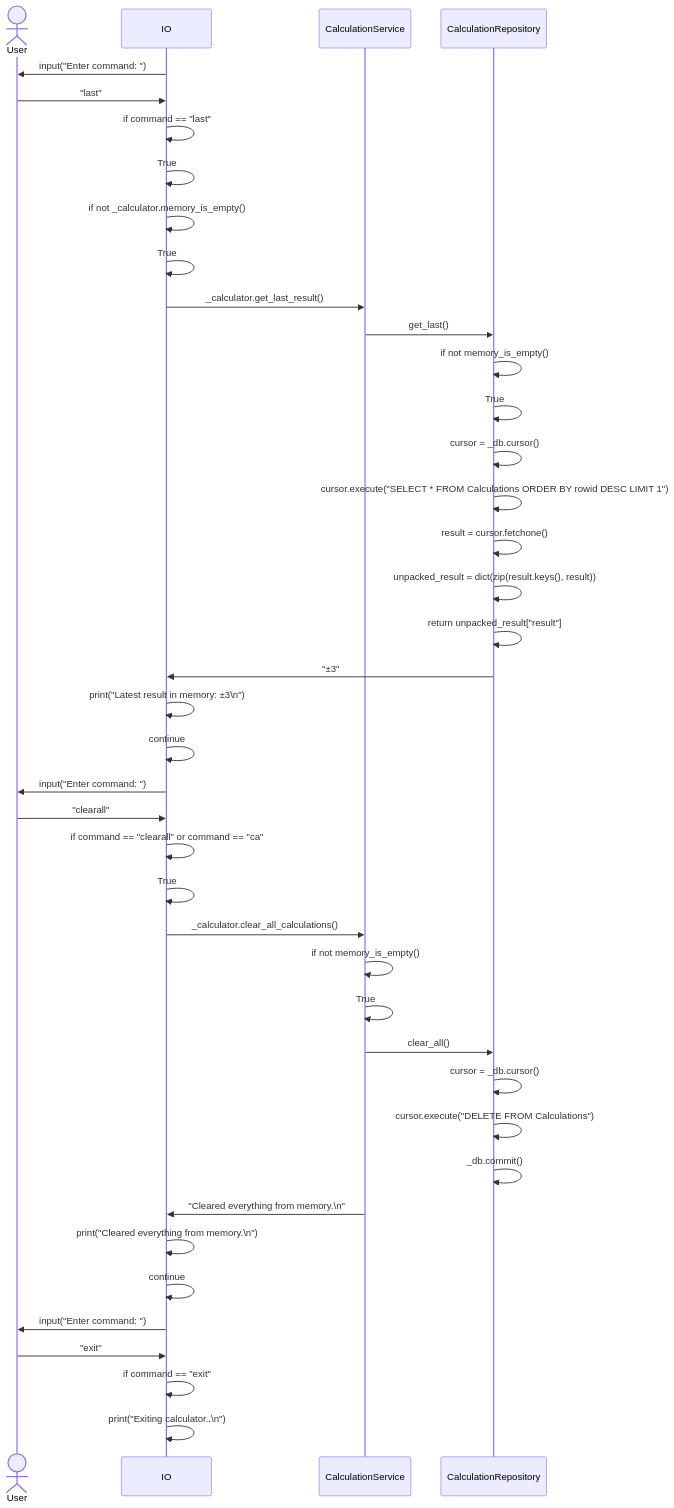
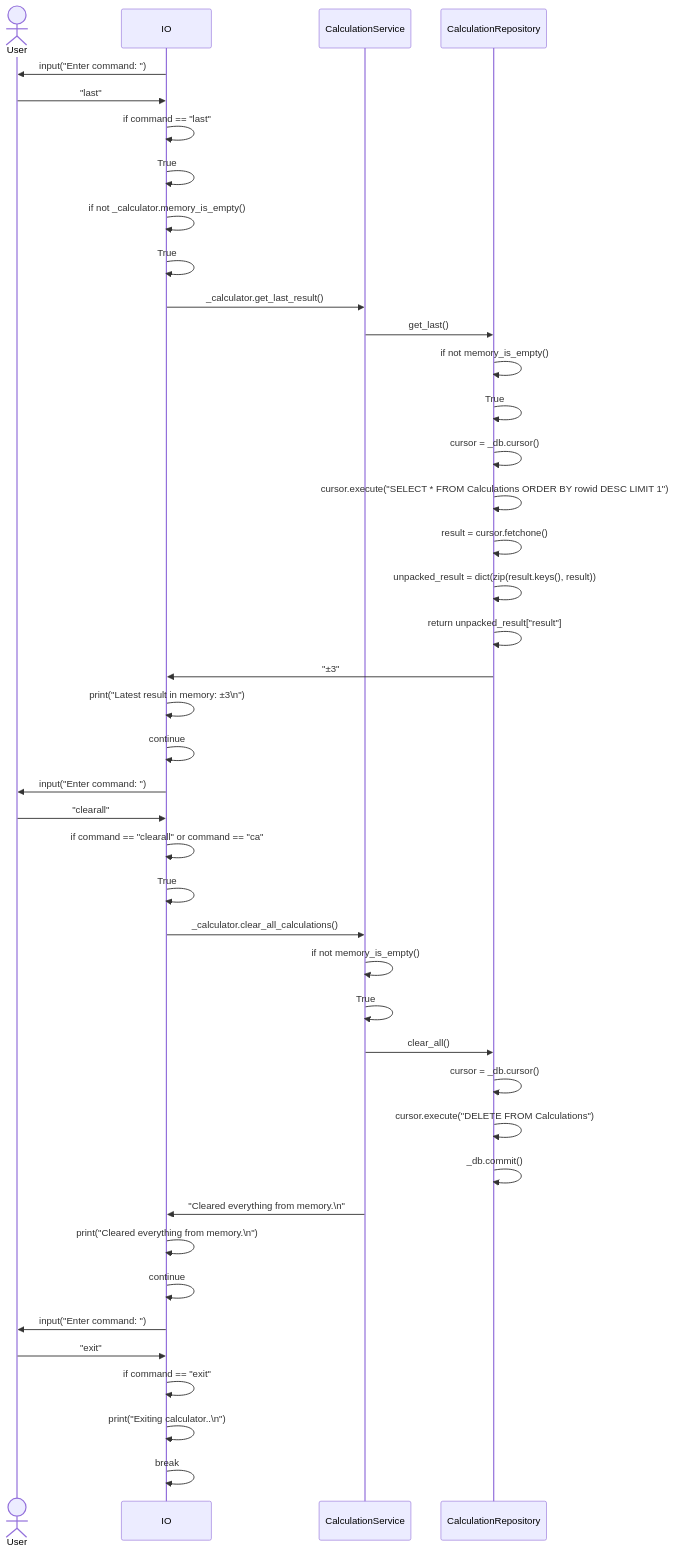
One commit to n0spoon/ot-harjoitustyo changed the fourth of 4 diagrams in dokumentaatio/arkkitehtuuri.md. Above: the diagram before and after it, drawn with Mermaid.

Commit message:
Fixed a typo in third sequence diagram

````diff
--- a/dokumentaatio/arkkitehtuuri.md
+++ b/dokumentaatio/arkkitehtuuri.md
@@ -165,40 +165,41 @@
 ```mermaid
  sequenceDiagram
      actor User
      IO->>User: input("Enter command: ")
      User->>IO: "last"
      IO->>IO: if command == "last"
      IO->>IO: True
      IO->>IO: if not _calculator.memory_is_empty()
      IO->>IO: True
      IO->>CalculationService: _calculator.get_last_result()
      CalculationService->>CalculationRepository: get_last()
      CalculationRepository->>CalculationRepository: if not memory_is_empty()
      CalculationRepository->>CalculationRepository: True
      CalculationRepository->>CalculationRepository: cursor = _db.cursor()
      CalculationRepository->>CalculationRepository: cursor.execute("SELECT * FROM Calculations ORDER BY rowid DESC LIMIT 1")
      CalculationRepository->>CalculationRepository: result = cursor.fetchone()
      CalculationRepository->>CalculationRepository: unpacked_result = dict(zip(result.keys(), result))
      CalculationRepository->>CalculationRepository: return unpacked_result["result"]
      CalculationRepository->>IO: "±3"
      IO->>IO: print("Latest result in memory: ±3\n")
      IO->>IO: continue
      IO->>User: input("Enter command: ")
      User->>IO: "clearall"
      IO->>IO: if command == "clearall" or command == "ca"
      IO->>IO: True
      IO->>CalculationService: _calculator.clear_all_calculations()
      CalculationService->>CalculationService: if not memory_is_empty()
      CalculationService->>CalculationService: True
      CalculationService->>CalculationRepository: clear_all()
      CalculationRepository->>CalculationRepository: cursor = _db.cursor()
      CalculationRepository->>CalculationRepository: cursor.execute("DELETE FROM Calculations")
      CalculationRepository->>CalculationRepository: _db.commit()
      CalculationService->>IO: "Cleared everything from memory.\n"
      IO->>IO: print("Cleared everything from memory.\n")
      IO->>IO: continue
      IO->>User: input("Enter command: ")
      User->>IO: "exit"
      IO->>IO: if command == "exit"
      IO->>IO: print("Exiting calculator..\n")
+     IO->>IO: break
 ```
````
